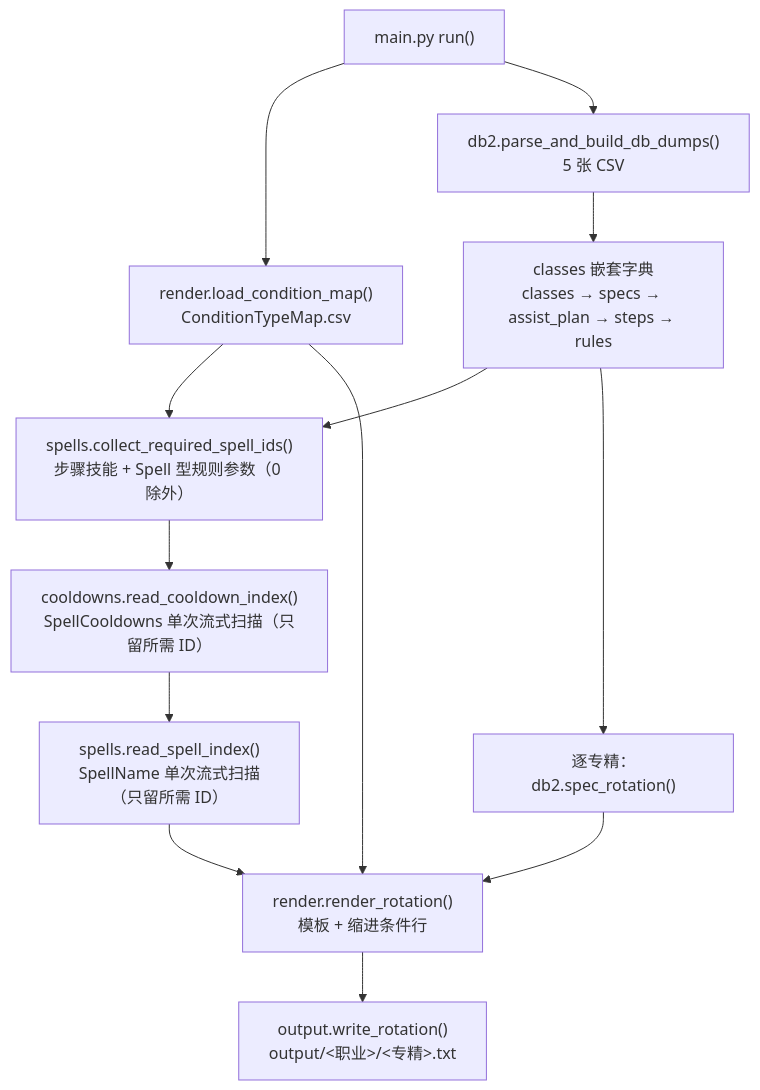
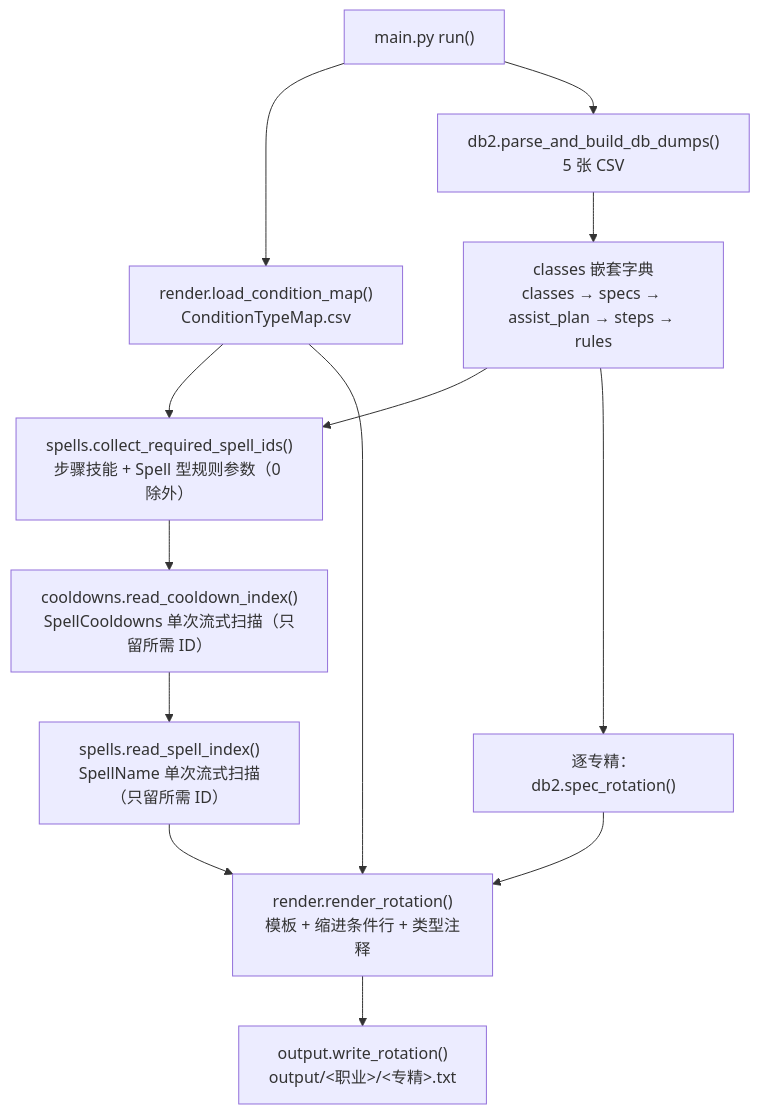
One commit to liantian-cn/WowAssistedCombatReveal changed the diagram in PROJECT_LOGIC.md. Above: the diagram before and after it, drawn with Mermaid. The commit also changed other lines of this file and 44 other files, not shown here.

````diff
--- a/PROJECT_LOGIC.md
+++ b/PROJECT_LOGIC.md
@@ -160,15 +160,15 @@
 ```mermaid
 flowchart TD
     A["main.py run()"] --> B["render.load_condition_map()<br/>ConditionTypeMap.csv"]
     A --> C["db2.parse_and_build_db_dumps()<br/>5 张 CSV"]
     C --> D["classes 嵌套字典<br/>classes → specs → assist_plan → steps → rules"]
     D --> E["spells.collect_required_spell_ids()<br/>步骤技能 + Spell 型规则参数（0 除外）"]
     B --> E
     E --> F0["cooldowns.read_cooldown_index()<br/>SpellCooldowns 单次流式扫描（只留所需 ID）"]
     F0 --> F["spells.read_spell_index()<br/>SpellName 单次流式扫描（只留所需 ID）"]
     D --> G["逐专精：db2.spec_rotation()"]
-    F --> H["render.render_rotation()<br/>模板 + 缩进条件行"]
+    F --> H["render.render_rotation()<br/>模板 + 缩进条件行 + 类型注释"]
     B --> H
     G --> H
     H --> I["output.write_rotation()<br/>output/&lt;职业&gt;/&lt;专精&gt;.txt"]
 ```
````
